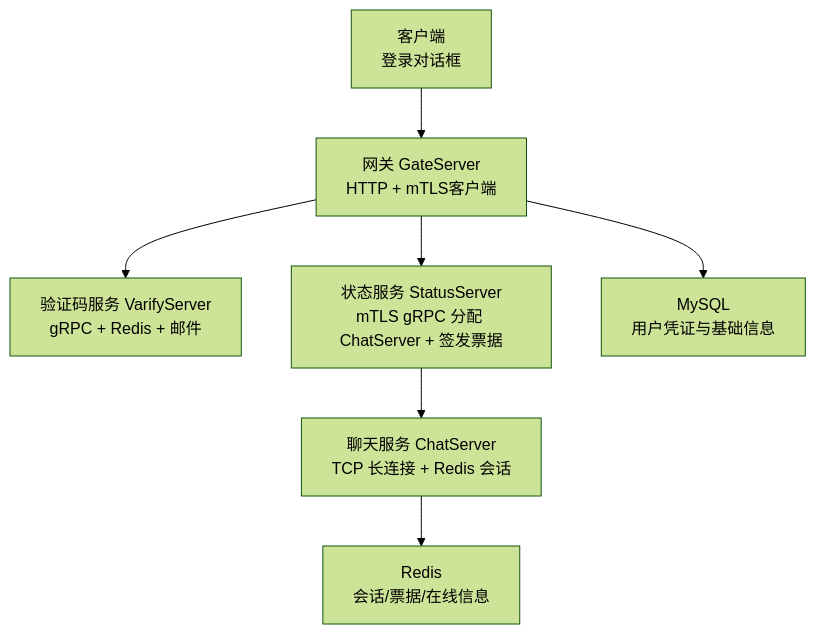
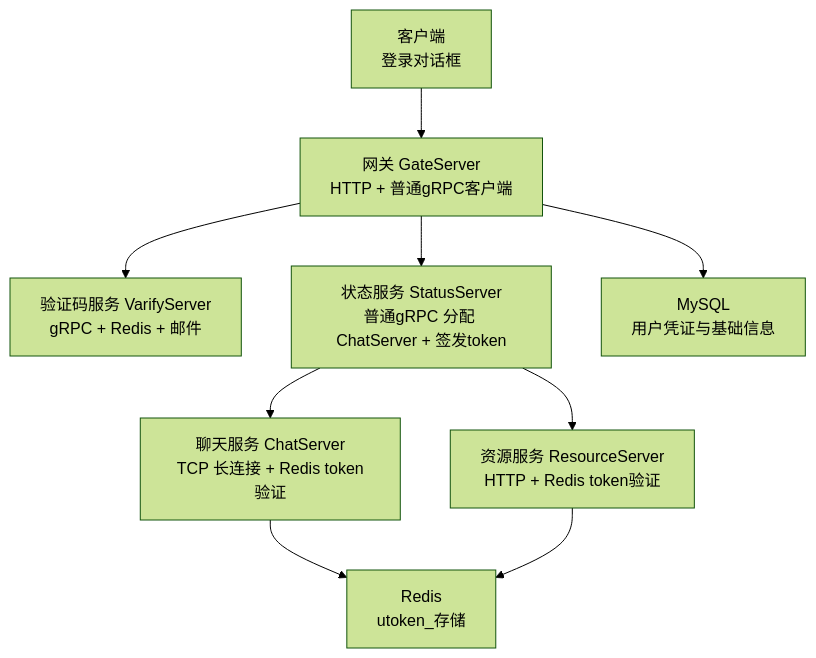
The first of 10 diagrams in .qoder/repowiki/zh/content/安全设计/身份认证系统/登录认证系统.md (echo9923/mychatter), drawn with Mermaid (forest theme) before and after one commit. The commit also changed other lines of this file and 58 other files, not shown here.

````diff
--- a/.qoder/repowiki/zh/content/安全设计/身份认证系统/登录认证系统.md
+++ b/.qoder/repowiki/zh/content/安全设计/身份认证系统/登录认证系统.md
@@ -58,9 +58,11 @@
 ```mermaid
 graph TB
-Client["客户端<br/>登录对话框"] --> Gate["网关 GateServer<br/>HTTP + mTLS客户端"]
+Client["客户端<br/>登录对话框"] --> Gate["网关 GateServer<br/>HTTP + 普通gRPC客户端"]
 Gate --> Verify["验证码服务 VarifyServer<br/>gRPC + Redis + 邮件"]
-Gate --> Status["状态服务 StatusServer<br/>mTLS gRPC 分配 ChatServer + 签发票据"]
-Status --> Chat["聊天服务 ChatServer<br/>TCP 长连接 + Redis 会话"]
-Chat --> Redis["Redis<br/>会话/票据/在线信息"]
+Gate --> Status["状态服务 StatusServer<br/>普通gRPC 分配 ChatServer + 签发token"]
+Status --> Chat["聊天服务 ChatServer<br/>TCP 长连接 + Redis token验证"]
+Status --> Resource["资源服务 ResourceServer<br/>HTTP + Redis token验证"]
+Chat --> Redis["Redis<br/>utoken_<uid>存储"]
+Resource --> Redis
 Gate --> DB["MySQL<br/>用户凭证与基础信息"]
 ```
````
